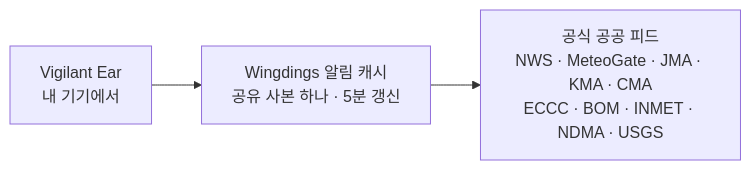
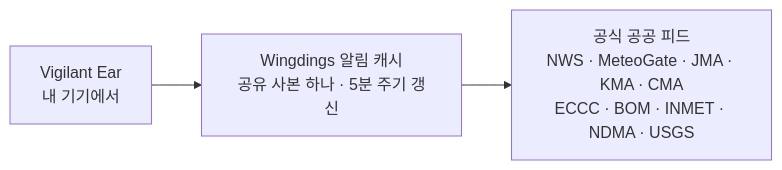
Before and after one commit to rpalm01-star/VigilantEarLegal: the fourth of 4 diagrams in README_ko.md, drawn with Mermaid. The commit also changed other lines of this file and 29 other files, not shown here.

````diff
--- a/README_ko.md
+++ b/README_ko.md
@@ -162,5 +171,5 @@
 ```mermaid
 graph LR
-    P1["Vigilant Ear<br/>내 기기에서"] --> W["Wingdings 알림 캐시<br/>공유 사본 하나 · 5분 갱신"]
+    P1["Vigilant Ear<br/>내 기기에서"] --> W["Wingdings 알림 캐시<br/>공유 사본 하나 · 5분 주기 갱신"]
     W --> N["공식 공공 피드<br/>NWS · MeteoGate · JMA · KMA · CMA<br/>ECCC · BOM · INMET · NDMA · USGS"]
 ```
````
